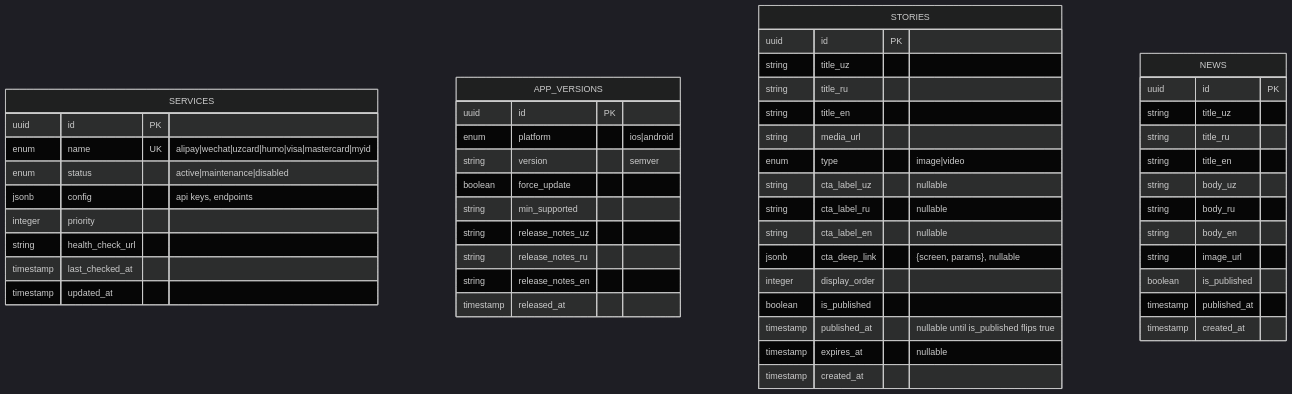
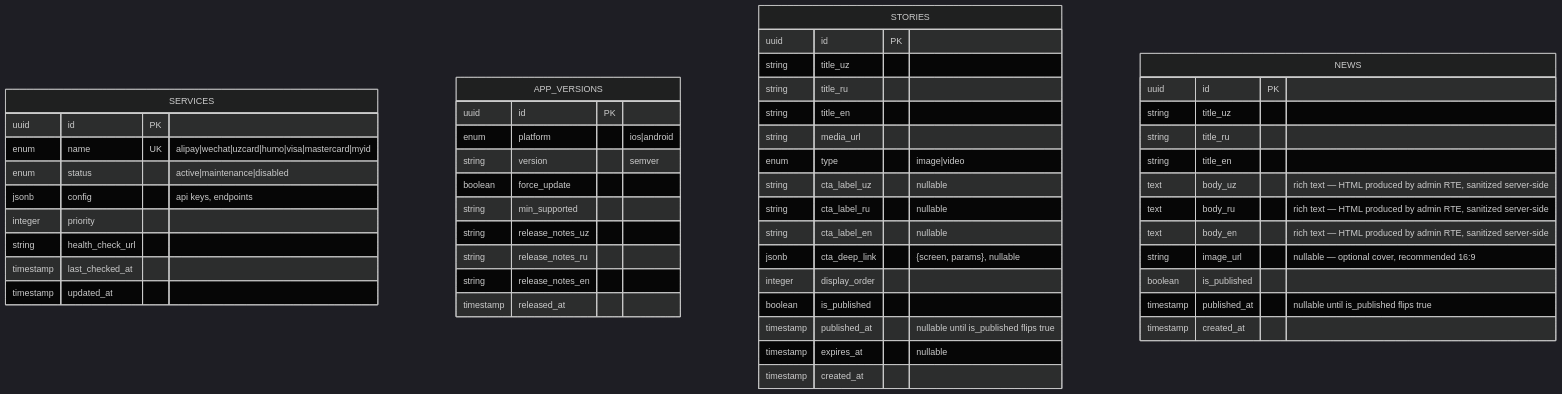
One commit to SardorAllaberganov/zhi-pay changed diagram 12 of 12 in docs/models.md. Above: the diagram before and after it, drawn with Mermaid (dark theme). The commit also changed other lines of this file, not shown here.

Commit message:
docs(models): cascade NEWS schema for Phase 18
§8 NEWS table updated:
- body_uz/ru/en clarified as rich-text HTML (TipTap output, sanitized server-side)
- image_url marked nullable (optional cover, recommended 16:9)
- published_at marked nullable-until-publish

§9.2 indexing recommendations:
- Added (is_published, published_at DESC NULLS LAST) listing index for "feed
  newest-first + drafts admin-only" scans.

No PRD / mermaid change.

````diff
--- a/docs/models.md
+++ b/docs/models.md
@@ -556,54 +556,54 @@
 ```mermaid
 erDiagram
   SERVICES {
     uuid id PK
     enum name UK "alipay|wechat|uzcard|humo|visa|mastercard|myid"
     enum status "active|maintenance|disabled"
     jsonb config "api keys, endpoints"
     integer priority
     string health_check_url
     timestamp last_checked_at
     timestamp updated_at
   }
   APP_VERSIONS {
     uuid id PK
     enum platform "ios|android"
     string version "semver"
     boolean force_update
     string min_supported
     string release_notes_uz
     string release_notes_ru
     string release_notes_en
     timestamp released_at
   }
   STORIES {
     uuid id PK
     string title_uz
     string title_ru
     string title_en
     string media_url
     enum type "image|video"
     string cta_label_uz "nullable"
     string cta_label_ru "nullable"
     string cta_label_en "nullable"
     jsonb cta_deep_link "{screen, params}, nullable"
     integer display_order
     boolean is_published
     timestamp published_at "nullable until is_published flips true"
     timestamp expires_at "nullable"
     timestamp created_at
   }
   NEWS {
     uuid id PK
     string title_uz
     string title_ru
     string title_en
-    string body_uz
-    string body_ru
-    string body_en
-    string image_url
+    text body_uz "rich text — HTML produced by admin RTE, sanitized server-side"
+    text body_ru "rich text — HTML produced by admin RTE, sanitized server-side"
+    text body_en "rich text — HTML produced by admin RTE, sanitized server-side"
+    string image_url "nullable — optional cover, recommended 16:9"
     boolean is_published
-    timestamp published_at
+    timestamp published_at "nullable until is_published flips true"
     timestamp created_at
   }
 ```
````
